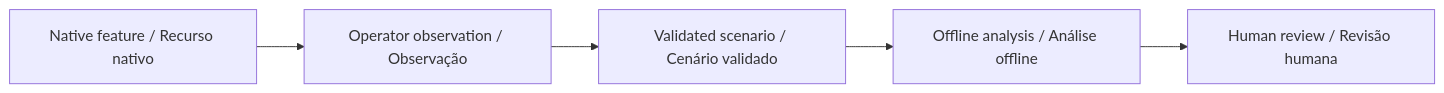
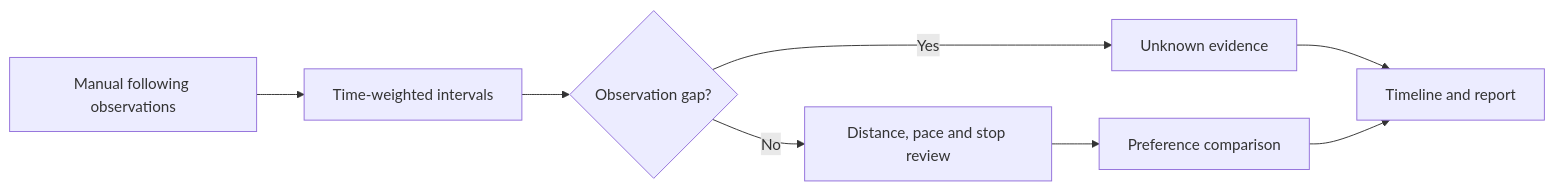
The diagram in README.md (galafis/vbot-accessible-follow-lab), drawn with Mermaid before and after one commit. The commit also changed other lines of this file and 48 other files, not shown here.

````diff
--- a/README.md
+++ b/README.md
@@ -47,7 +83,10 @@
 ```mermaid
 flowchart LR
-  A[Native feature / Recurso nativo] --> B[Operator observation / Observação]
-  B --> C[Validated scenario / Cenário validado]
-  C --> D[Offline analysis / Análise offline]
-  D --> E[Human review / Revisão humana]
+  A[Manual following observations] --> B[Time-weighted intervals]
+  B --> C{Observation gap?}
+  C -->|Yes| D[Unknown evidence]
+  C -->|No| E[Distance, pace and stop review]
+  E --> F[Preference comparison]
+  D --> G[Timeline and report]
+  F --> G
 ```
````
